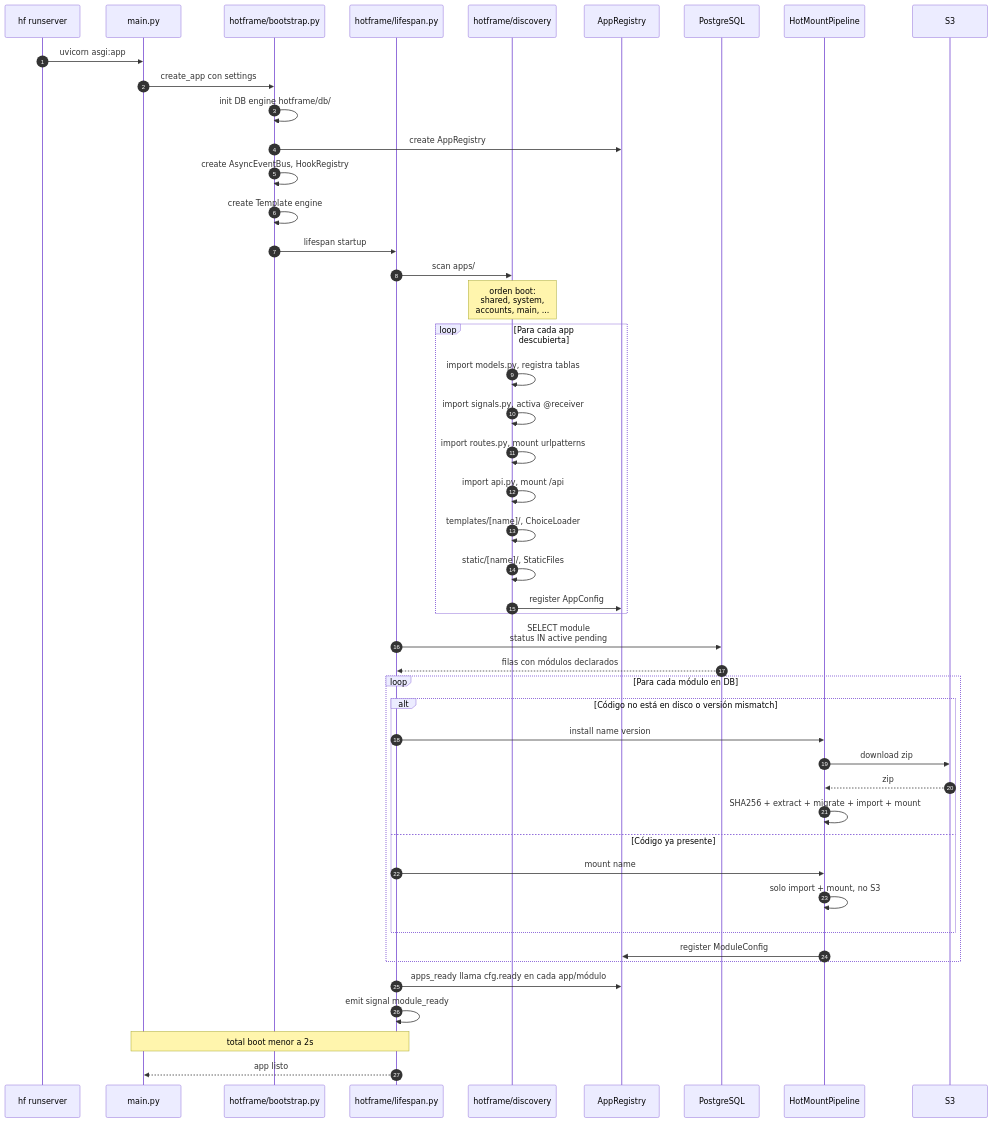
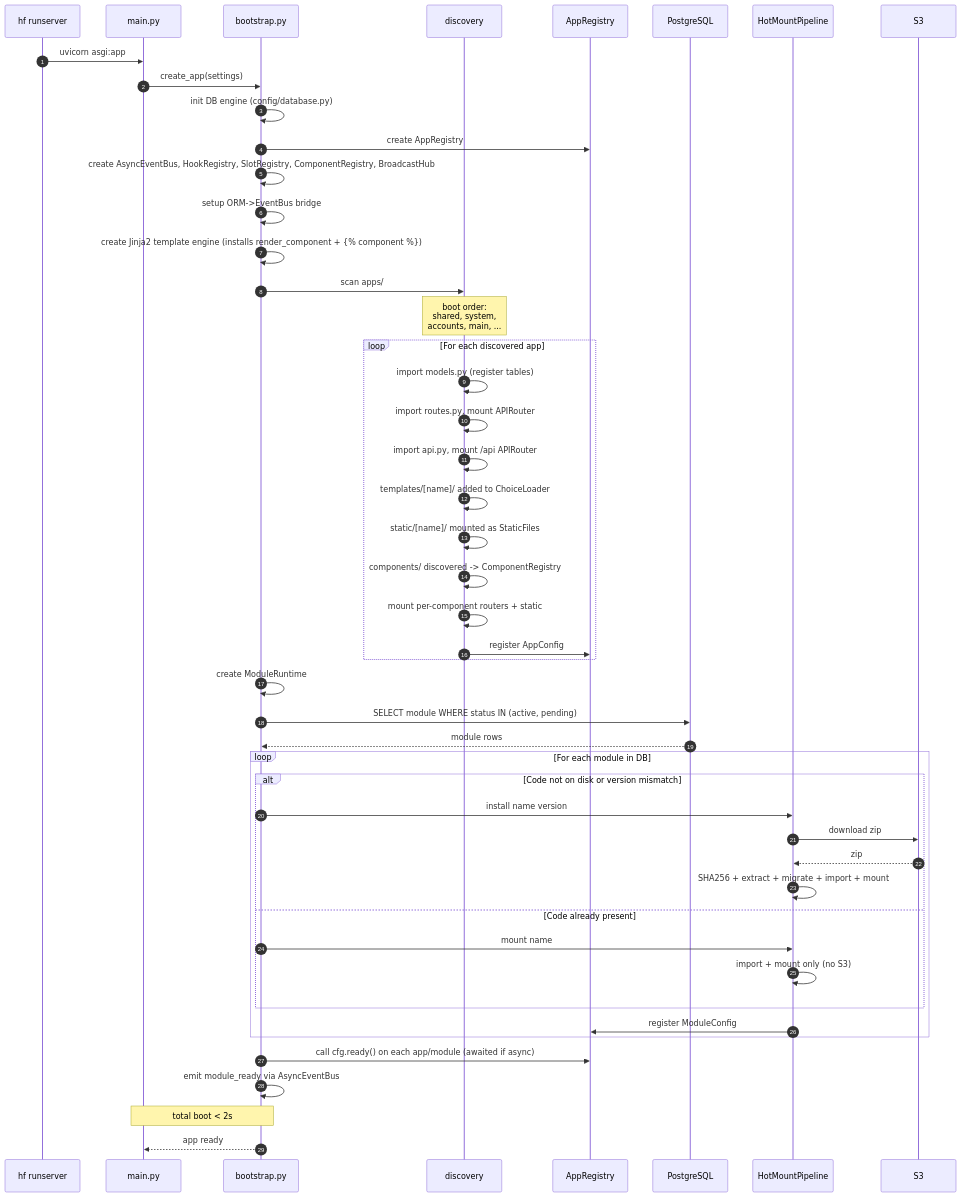
One commit to ERPlora/hotframe changed the second of 5 diagrams in docs/ARCHITECTURE.md. Above: the diagram before and after it, drawn with Mermaid. The commit also changed other lines of this file and 25 other files, not shown here.

````diff
--- a/docs/ARCHITECTURE.md
+++ b/docs/ARCHITECTURE.md
@@ -349,57 +296,59 @@
 ```mermaid
 sequenceDiagram
     autonumber
     participant CLI as hf runserver
     participant Main as main.py
-    participant Boot as hotframe/bootstrap.py
-    participant Life as hotframe/lifespan.py
-    participant Disc as hotframe/discovery
+    participant Boot as bootstrap.py
+    participant Disc as discovery
     participant Reg as AppRegistry
     participant DB as PostgreSQL
     participant Pipe as HotMountPipeline
     participant S3 as S3
 
     CLI->>Main: uvicorn asgi:app
-    Main->>Boot: create_app con settings
-    Boot->>Boot: init DB engine hotframe/db/
+    Main->>Boot: create_app(settings)
+    Boot->>Boot: init DB engine (config/database.py)
     Boot->>Reg: create AppRegistry
-    Boot->>Boot: create AsyncEventBus, HookRegistry
-    Boot->>Boot: create Template engine
+    Boot->>Boot: create AsyncEventBus, HookRegistry, SlotRegistry, ComponentRegistry, BroadcastHub
+    Boot->>Boot: setup ORM->EventBus bridge
+    Boot->>Boot: create Jinja2 template engine (installs render_component + {% component %})
 
-    Boot->>Life: lifespan startup
-    Life->>Disc: scan apps/
+    Boot->>Disc: scan apps/
 
-    note over Disc: orden boot:<br/>shared, system,<br/>accounts, main, ...
+    note over Disc: boot order:<br/>shared, system,<br/>accounts, main, ...
 
-    loop Para cada app descubierta
-        Disc->>Disc: import models.py, registra tablas
-        Disc->>Disc: import signals.py, activa @receiver
-        Disc->>Disc: import routes.py, mount urlpatterns
-        Disc->>Disc: import api.py, mount /api
-        Disc->>Disc: templates/[name]/, ChoiceLoader
-        Disc->>Disc: static/[name]/, StaticFiles
+    loop For each discovered app
+        Disc->>Disc: import models.py (register tables)
+        Disc->>Disc: import routes.py, mount APIRouter
+        Disc->>Disc: import api.py, mount /api APIRouter
+        Disc->>Disc: templates/[name]/ added to ChoiceLoader
+        Disc->>Disc: static/[name]/ mounted as StaticFiles
+        Disc->>Disc: components/ discovered -> ComponentRegistry
+        Disc->>Disc: mount per-component routers + static
         Disc->>Reg: register AppConfig
     end
 
-    Life->>DB: SELECT module<br/>status IN active pending
-    DB-->>Life: filas con módulos declarados
+    Boot->>Boot: create ModuleRuntime
 
-    loop Para cada módulo en DB
-        alt Código no está en disco o versión mismatch
-            Life->>Pipe: install name version
+    Boot->>DB: SELECT module WHERE status IN (active, pending)
+    DB-->>Boot: module rows
+
+    loop For each module in DB
+        alt Code not on disk or version mismatch
+            Boot->>Pipe: install name version
             Pipe->>S3: download zip
             S3-->>Pipe: zip
             Pipe->>Pipe: SHA256 + extract + migrate + import + mount
-        else Código ya presente
-            Life->>Pipe: mount name
-            Pipe->>Pipe: solo import + mount, no S3
+        else Code already present
+            Boot->>Pipe: mount name
+            Pipe->>Pipe: import + mount only (no S3)
         end
         Pipe->>Reg: register ModuleConfig
     end
 
-    Life->>Reg: apps_ready llama cfg.ready en cada app/módulo
-    Life->>Life: emit signal module_ready
+    Boot->>Reg: call cfg.ready() on each app/module (awaited if async)
+    Boot->>Boot: emit module_ready via AsyncEventBus
 
-    note over Life,Main: total boot menor a 2s
-    Life-->>Main: app listo
+    note over Boot,Main: total boot < 2s
+    Boot-->>Main: app ready
 ```
````
